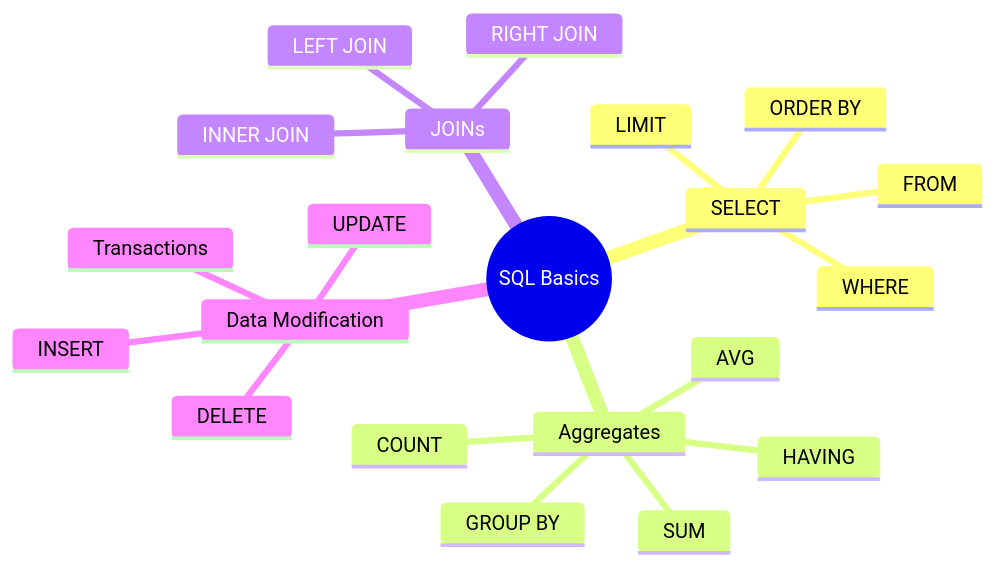
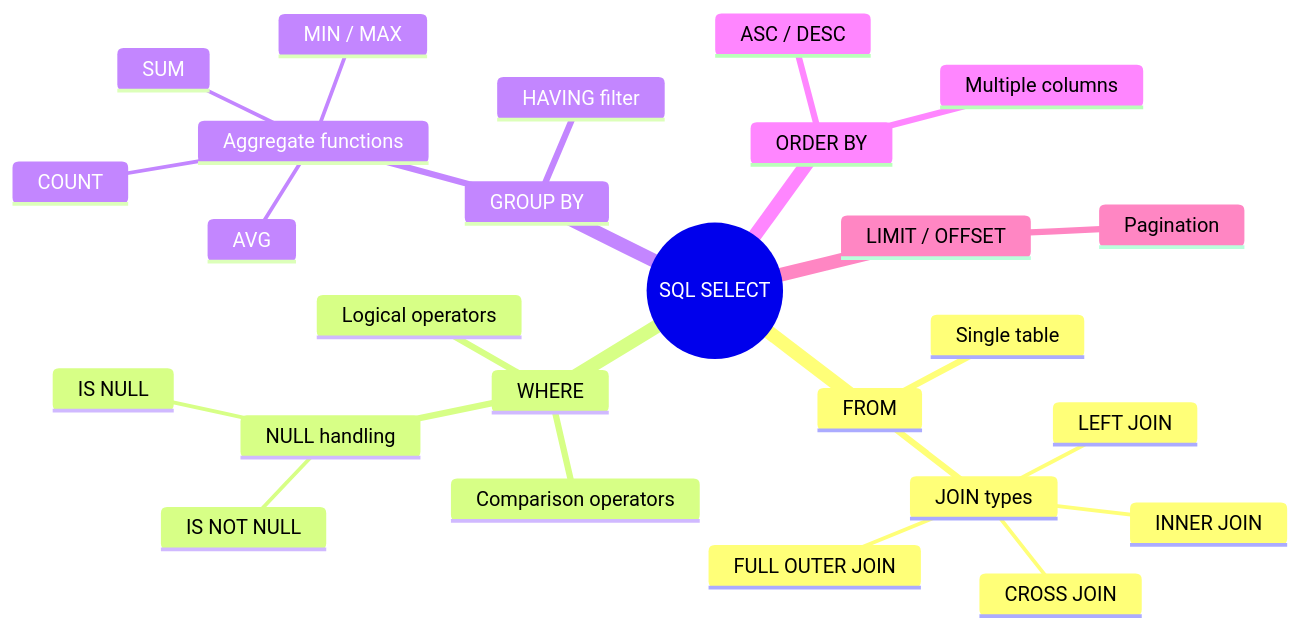
One commit to BakhodiribnYashinibnMansur/SeniorProject changed the third of 16 diagrams in Roadmap/Programming-Languages/sql/TEMPLATE.md. Above: the diagram before and after it, drawn with Mermaid. The commit also changed other lines of this file and 17 other files, not shown here.

First line of the commit message:
update TEMPLATE.md files: add new roadmaps, fix SQL template, improve existing templates

````diff
--- a/Roadmap/Programming-Languages/sql/TEMPLATE.md
+++ b/Roadmap/Programming-Languages/sql/TEMPLATE.md
@@ -880,24 +693,29 @@
 ```mermaid
 mindmap
-  root((SQL Basics))
-    SELECT
-      FROM
-      WHERE
-      ORDER BY
-      LIMIT
-    Aggregates
-      COUNT
-      SUM
-      AVG
-      GROUP BY
-      HAVING
-    JOINs
-      INNER JOIN
-      LEFT JOIN
-      RIGHT JOIN
-    Data Modification
-      INSERT
-      UPDATE
-      DELETE
-      Transactions
+  root((SQL SELECT))
+    FROM
+      Single table
+      JOIN types
+        INNER JOIN
+        LEFT JOIN
+        FULL OUTER JOIN
+        CROSS JOIN
+    WHERE
+      Comparison operators
+      Logical operators
+      NULL handling
+        IS NULL
+        IS NOT NULL
+    GROUP BY
+      Aggregate functions
+        COUNT
+        SUM
+        AVG
+        MIN / MAX
+      HAVING filter
+    ORDER BY
+      ASC / DESC
+      Multiple columns
+    LIMIT / OFFSET
+      Pagination
 ```
````
